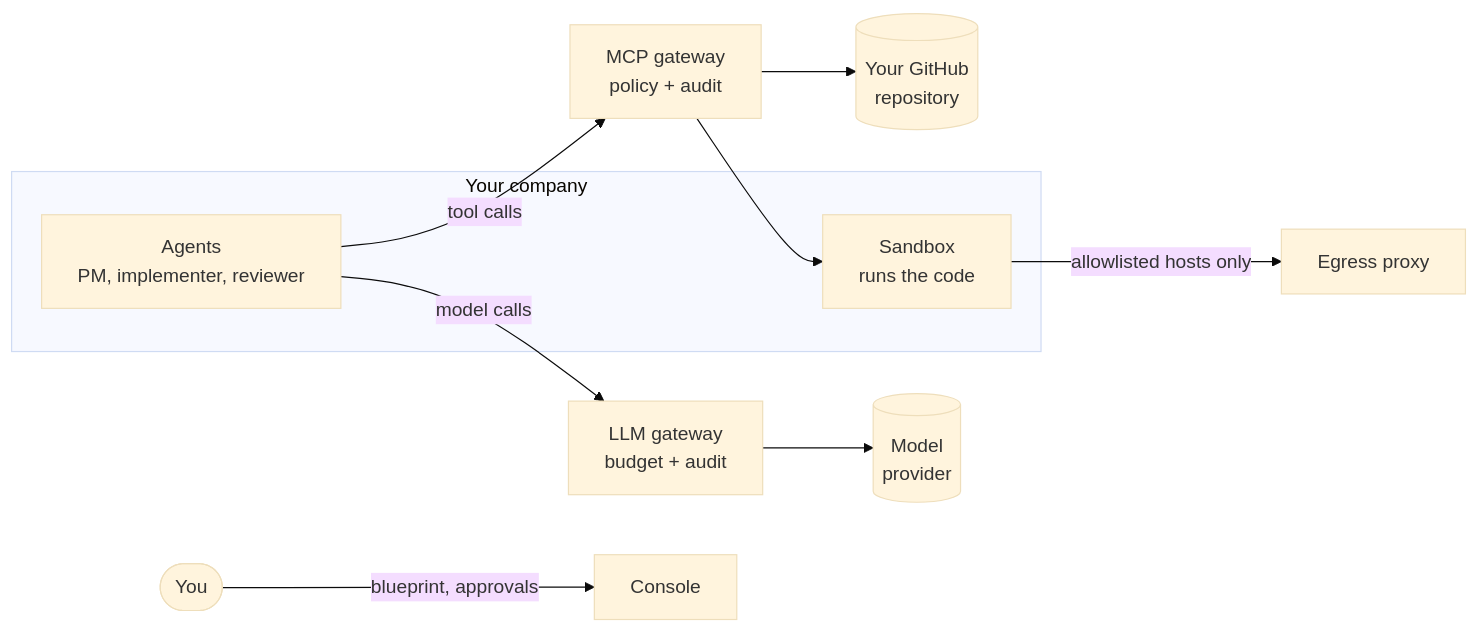
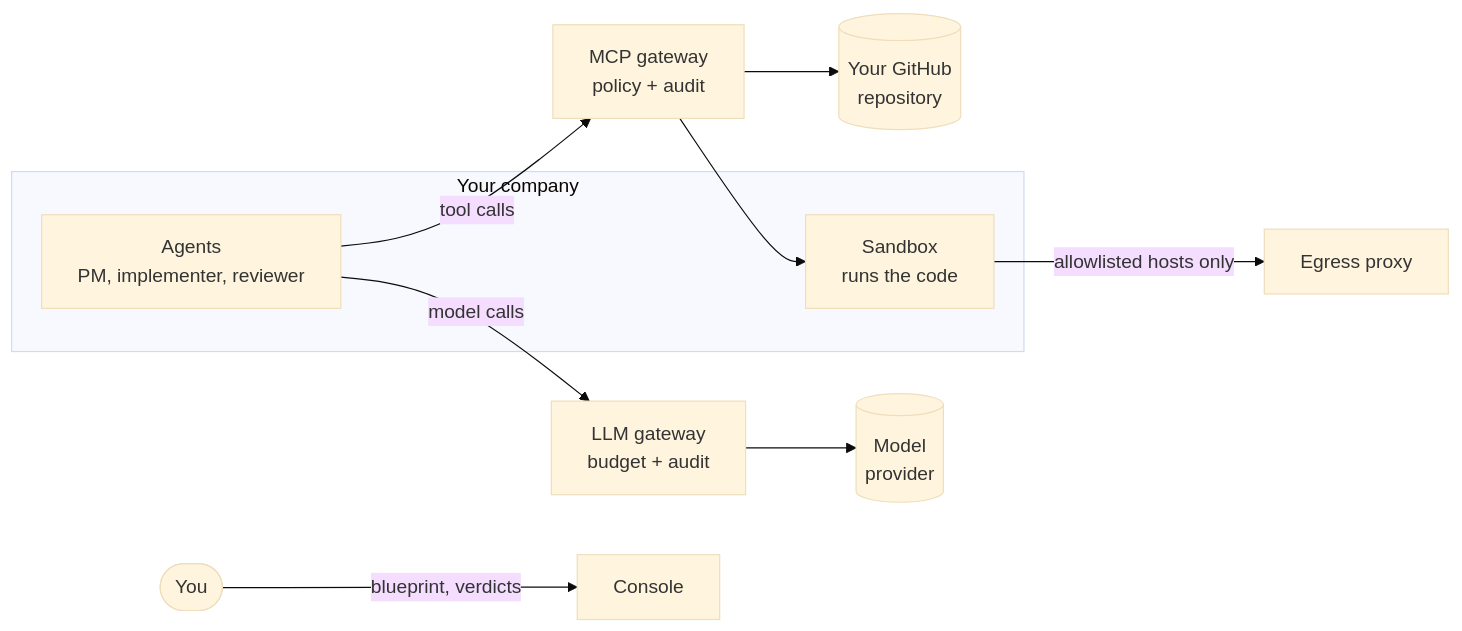
The diagram in README.md (mathbrus/poseidon-prototype), drawn with Mermaid (base theme) before and after one commit. The commit also changed other lines of this file and 20 other files, not shown here.

````diff
--- a/README.md
+++ b/README.md
@@ -28,14 +28,14 @@
 ```mermaid
 flowchart LR
-    you(["You"]) -->|"blueprint, approvals"| console["Console"]
+    you(["You"]) -->|"blueprint, verdicts"| console["Console"]
     subgraph company ["Your company"]
         agents["Agents<br/>PM, implementer, reviewer"]
         sandbox["Sandbox<br/>runs the code"]
     end
     agents -->|"tool calls"| mcp["MCP gateway<br/>policy + audit"]
     agents -->|"model calls"| llm["LLM gateway<br/>budget + audit"]
     mcp --> sandbox
     mcp --> repo[("Your GitHub<br/>repository")]
     llm --> model[("Model<br/>provider")]
     sandbox -->|"allowlisted hosts only"| egress["Egress proxy"]
 ```
````
